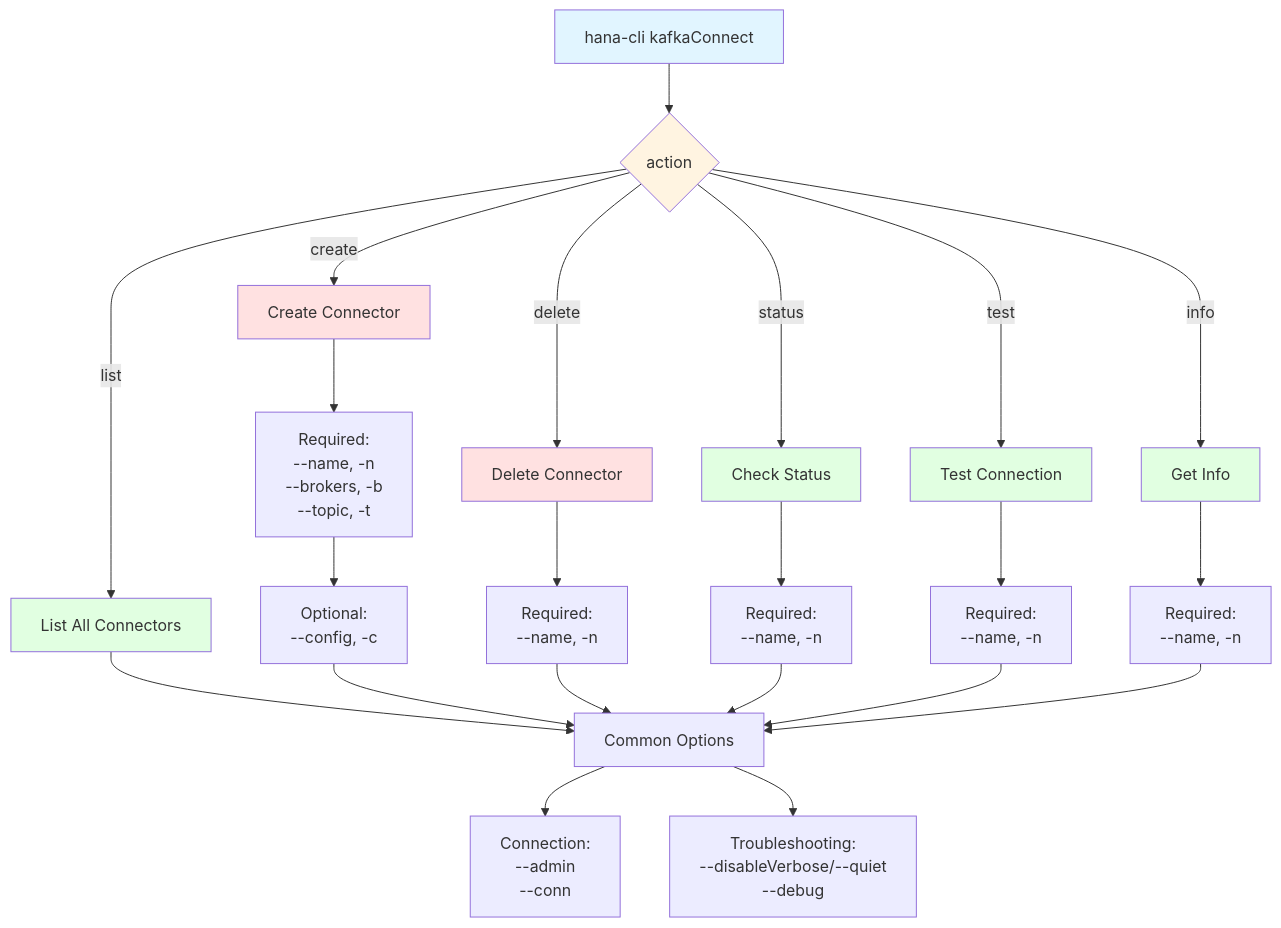
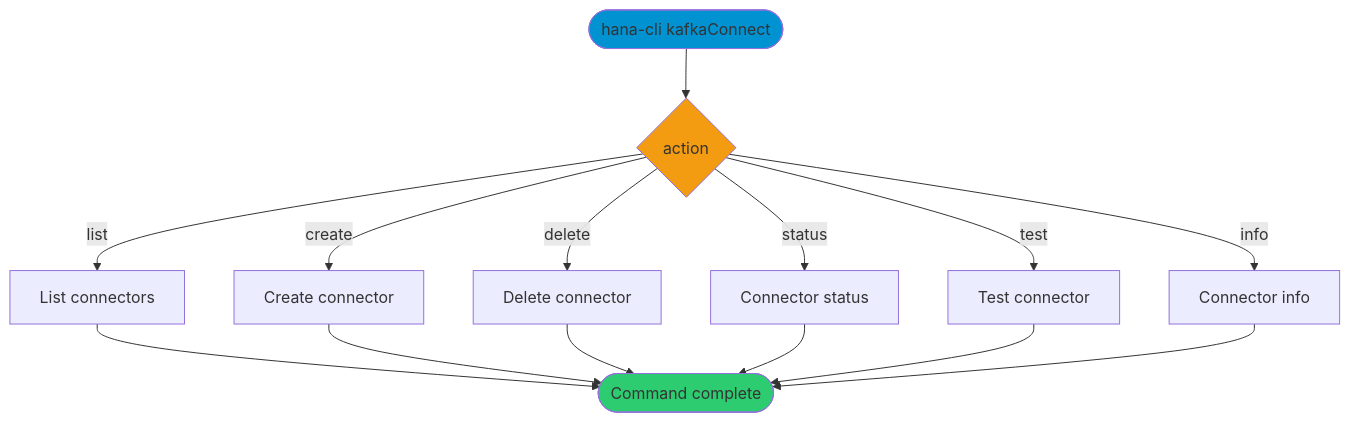
The diagram in docs/02-commands/data-tools/kafka-connect.md (SAP-samples/hana-developer-cli-tool-example), drawn with Mermaid before and after one commit. The commit also changed other lines of this file and 5 other files, not shown here.

First line of the commit message:
Refactor import and kafka-connect documentation for clarity and consistency

````diff
--- a/docs/02-commands/data-tools/kafka-connect.md
+++ b/docs/02-commands/data-tools/kafka-connect.md
@@ -25,41 +25,20 @@
 ```mermaid
 graph TD
-    A[hana-cli kafkaConnect] --> B{action}
-    
-    B -->|list| C[List All Connectors]
-    B -->|create| D[Create Connector]
-    B -->|delete| E[Delete Connector]
-    B -->|status| F[Check Status]
-    B -->|test| G[Test Connection]
-    B -->|info| H[Get Info]
-    
-    C --> Common[Common Options]
-    
-    D --> D1["Required:<br/>--name, -n<br/>--brokers, -b<br/>--topic, -t"]
-    D1 --> D2["Optional:<br/>--config, -c"]
-    D2 --> Common
-    
-    E --> E1["Required:<br/>--name, -n"]
-    E1 --> Common
-    
-    F --> F1["Required:<br/>--name, -n"]
-    F1 --> Common
-    
-    G --> G1["Required:<br/>--name, -n"]
-    G1 --> Common
-    
-    H --> H1["Required:<br/>--name, -n"]
-    H1 --> Common
-    
-    Common --> Conn["Connection:<br/>--admin<br/>--conn"]
-    Common --> Debug["Troubleshooting:<br/>--disableVerbose/--quiet<br/>--debug"]
-    
-    style A fill:#e1f5ff
-    style B fill:#fff4e1
-    style D fill:#ffe1e1
-    style E fill:#ffe1e1
-    style F fill:#e1ffe1
-    style G fill:#e1ffe1
-    style H fill:#e1ffe1
-    style C fill:#e1ffe1
+    Start([hana-cli kafkaConnect]) --> Action{action}
+    Action -->|list| List[List connectors]
+    Action -->|create| Create[Create connector]
+    Action -->|delete| Delete[Delete connector]
+    Action -->|status| Status[Connector status]
+    Action -->|test| Test[Test connector]
+    Action -->|info| Info[Connector info]
+    List --> Complete([Command complete])
+    Create --> Complete([Command complete])
+    Delete --> Complete([Command complete])
+    Status --> Complete([Command complete])
+    Test --> Complete([Command complete])
+    Info --> Complete([Command complete])
+
+    style Start fill:#0092d1
+    style Complete fill:#2ecc71
+    style Action fill:#f39c12
 ```
````
